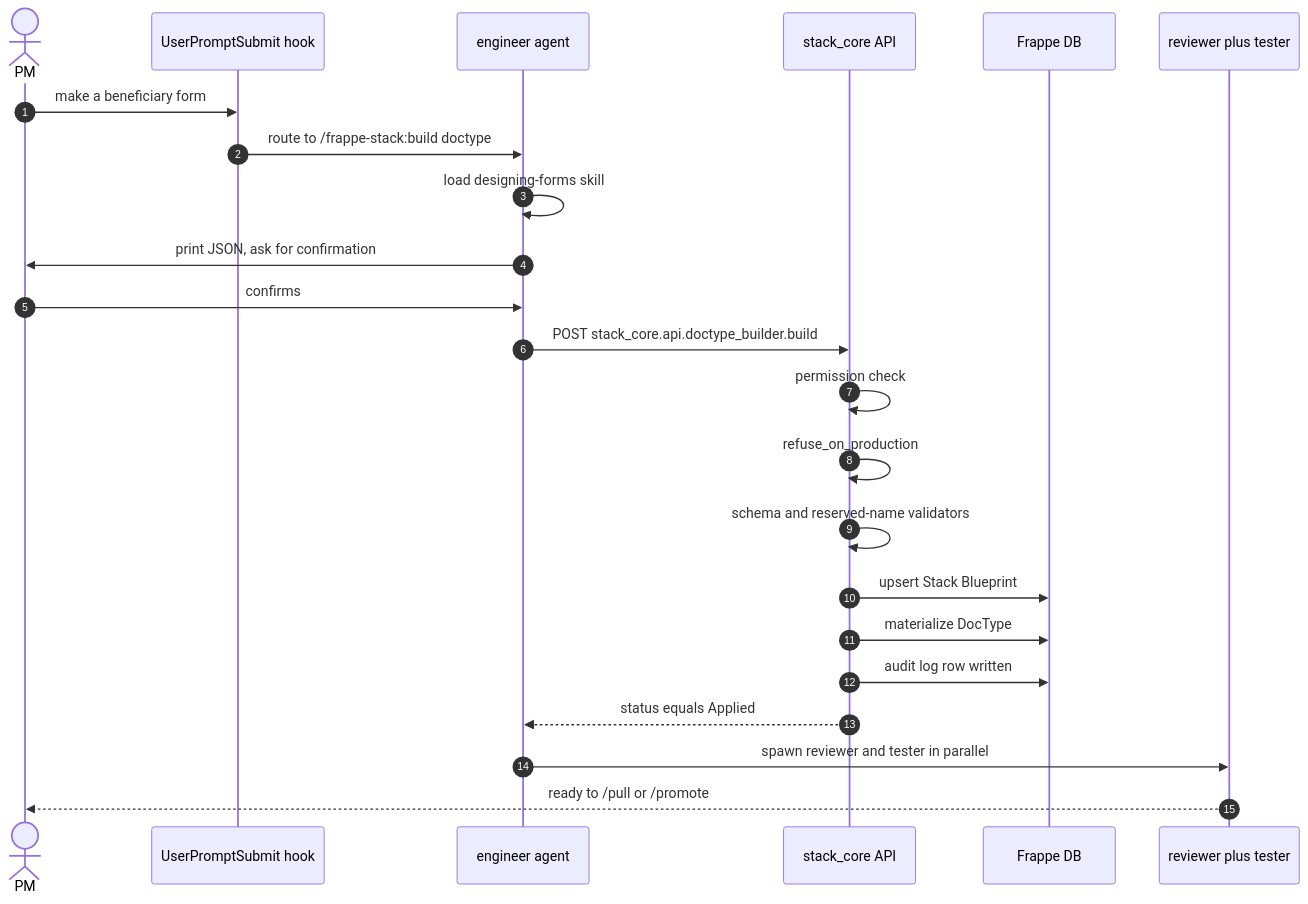
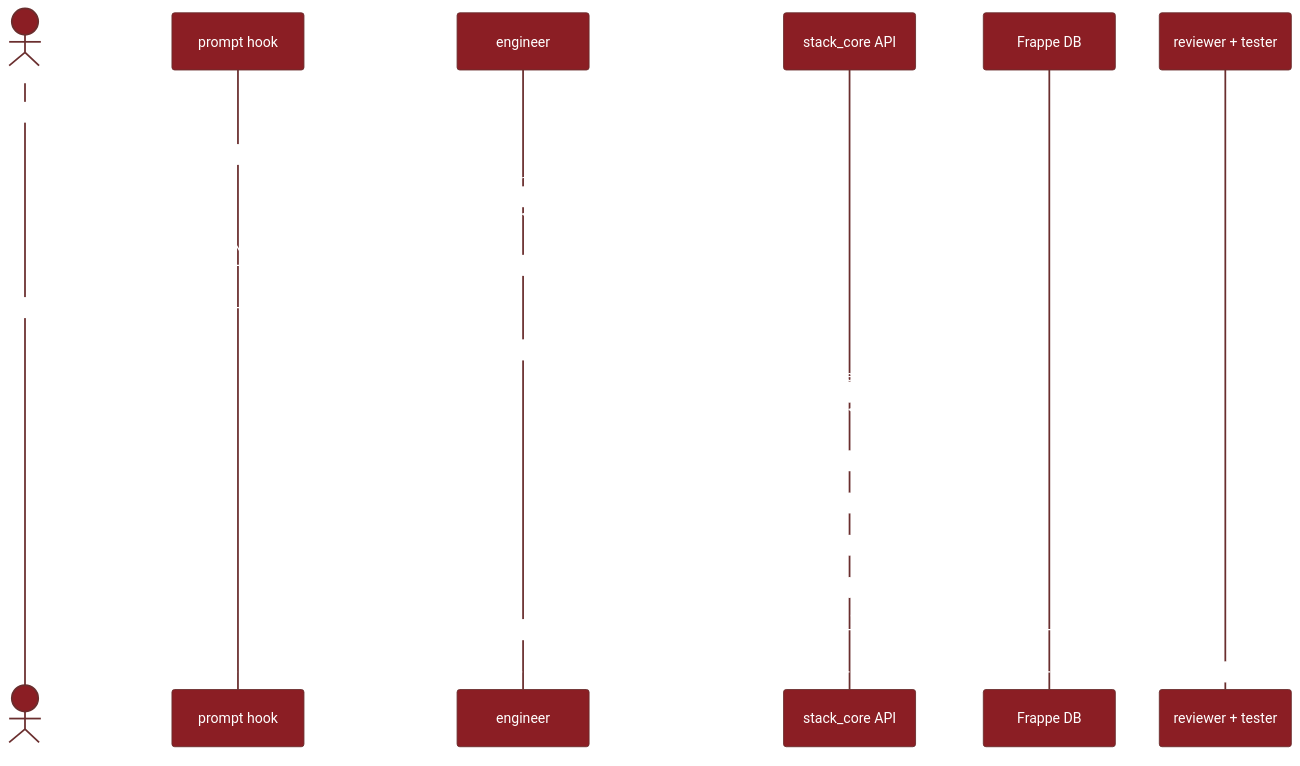
Before and after one commit to dhwani-ris/frappe-stack: the first of 2 diagrams in docs/architecture.md, drawn with Mermaid. The commit also changed other lines of this file and 2 other files, not shown here.

````diff
--- a/docs/architecture.md
+++ b/docs/architecture.md
@@ -57,26 +60,43 @@
 ```mermaid
+%%{init: {
+  'theme': 'base',
+  'themeVariables': {
+    'primaryColor': '#8B1E24',
+    'primaryTextColor': '#ffffff',
+    'primaryBorderColor': '#6A2E2E',
+    'lineColor': '#9E2A2F',
+    'secondaryColor': '#F5E6DD',
+    'actorBkg': '#8B1E24',
+    'actorTextColor': '#ffffff',
+    'actorLineColor': '#6A2E2E',
+    'noteBkgColor': '#F5E6DD',
+    'noteTextColor': '#2E2E2E',
+    'noteBorderColor': '#D9B3A0',
+    'sequenceNumberColor': '#ffffff',
+    'fontFamily': 'Inter, system-ui, sans-serif',
+    'fontSize': '14px'
+  }
+}}%%
 sequenceDiagram
     autonumber
     actor PM
-    participant Hook as UserPromptSubmit hook
-    participant Eng as engineer agent
+    participant Hook as prompt hook
+    participant Eng as engineer
     participant API as stack_core API
     participant DB as Frappe DB
-    participant Auto as reviewer plus tester
+    participant Auto as reviewer + tester
 
     PM->>Hook: make a beneficiary form
     Hook->>Eng: route to /frappe-stack:build doctype
     Eng->>Eng: load designing-forms skill
     Eng->>PM: print JSON, ask for confirmation
     PM->>Eng: confirms
     Eng->>API: POST stack_core.api.doctype_builder.build
-    API->>API: permission check
-    API->>API: refuse_on_production
-    API->>API: schema and reserved-name validators
+    API->>API: permission check + validators
     API->>DB: upsert Stack Blueprint
     API->>DB: materialize DocType
-    API->>DB: audit log row written
+    API->>DB: audit log row
     API-->>Eng: status equals Applied
-    Eng->>Auto: spawn reviewer and tester in parallel
+    Eng->>Auto: run reviewer and tester in parallel
     Auto-->>PM: ready to /pull or /promote
 ```
````
